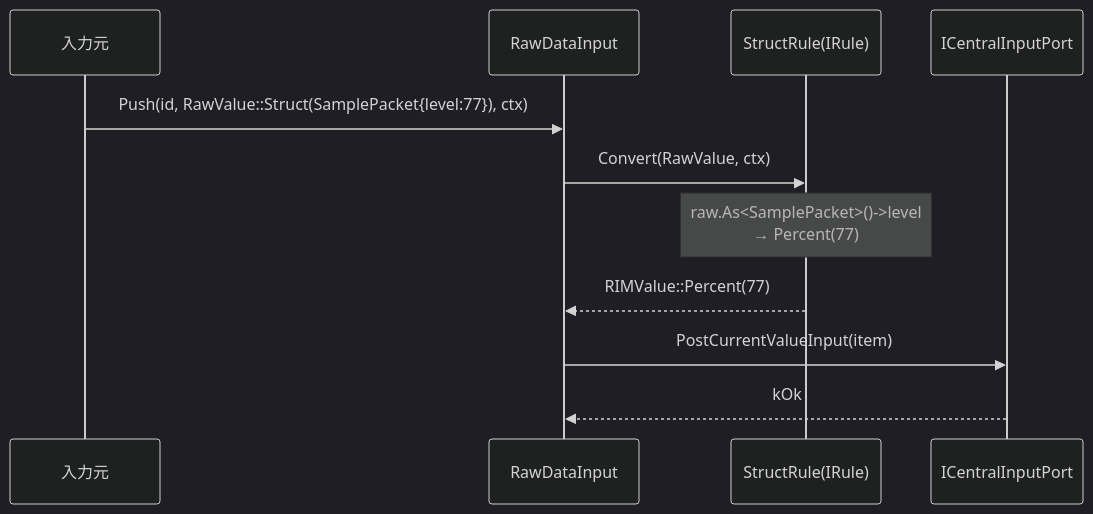
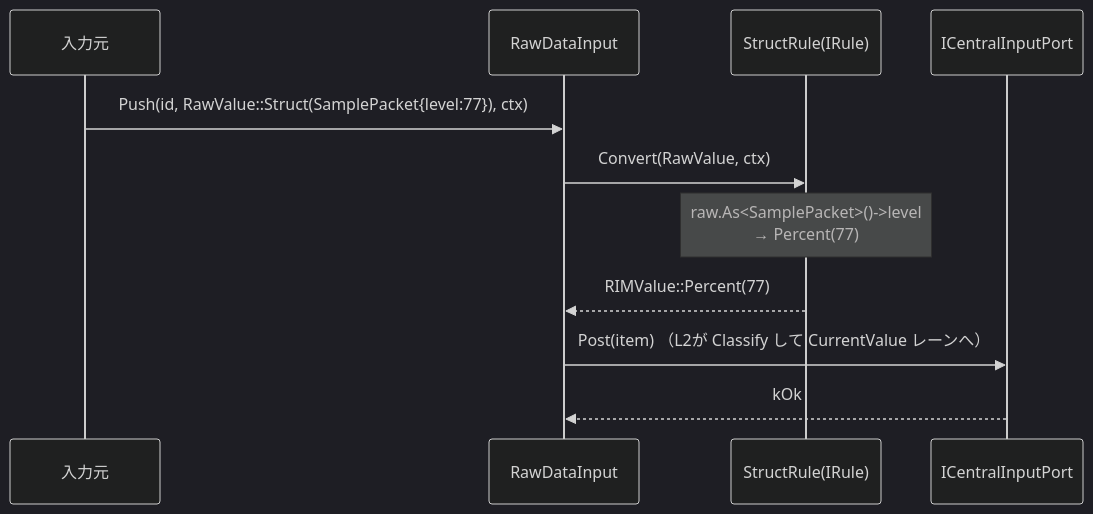
One commit to ceedling-vxworks-test-generator/printer-fw changed the third of 5 diagrams in docs/adapter/04_シーケンス図.md. Above: the diagram before and after it, drawn with Mermaid (dark theme). The commit also changed other lines of this file and 11 other files, not shown here.

First line of the commit message:
Collapse ICentralInputPort's three posts into one; move classification to L2

````diff
--- a/docs/adapter/04_シーケンス図.md
+++ b/docs/adapter/04_シーケンス図.md
@@ -51,14 +53,14 @@
 ```mermaid
 sequenceDiagram
     participant Ext as 入力元
     participant RDI as RawDataInput
     participant Rule as StructRule(IRule)
     participant Port as ICentralInputPort
 
     Ext->>RDI: Push(id, RawValue::Struct(SamplePacket{level:77}), ctx)
     RDI->>Rule: Convert(RawValue, ctx)
     Note over Rule: raw.As<SamplePacket>()->level<br/>→ Percent(77)
     Rule-->>RDI: RIMValue::Percent(77)
-    RDI->>Port: PostCurrentValueInput(item)
+    RDI->>Port: Post(item) （L2が Classify して CurrentValue レーンへ）
     Port-->>RDI: kOk
 ```
````
